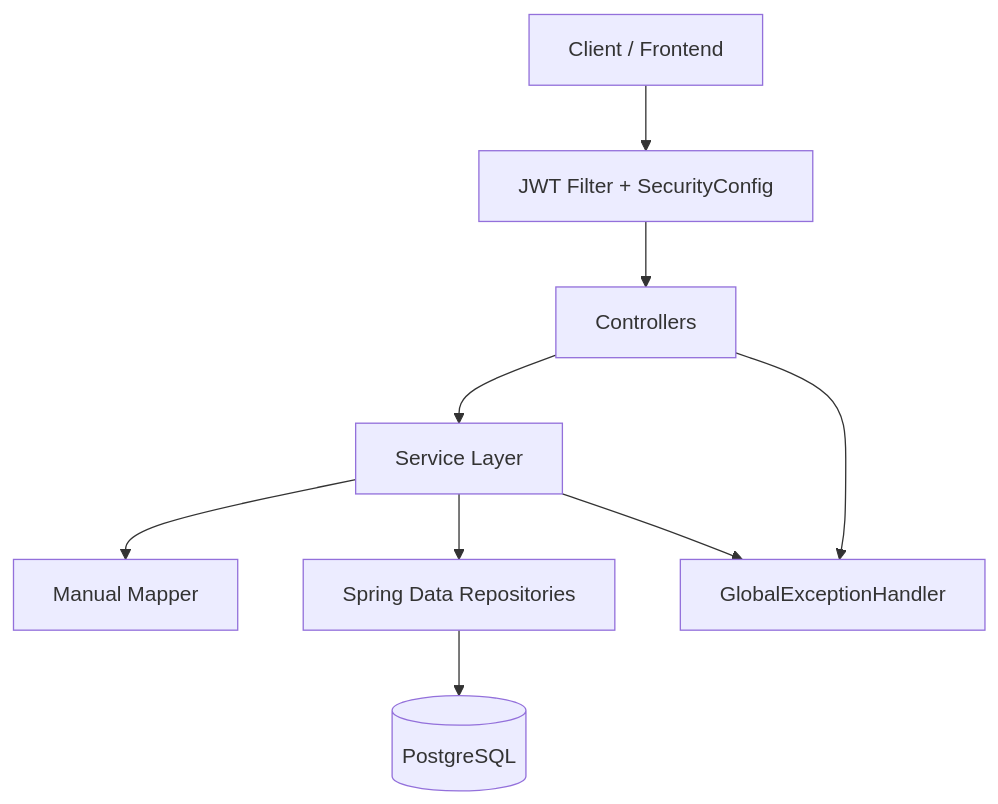
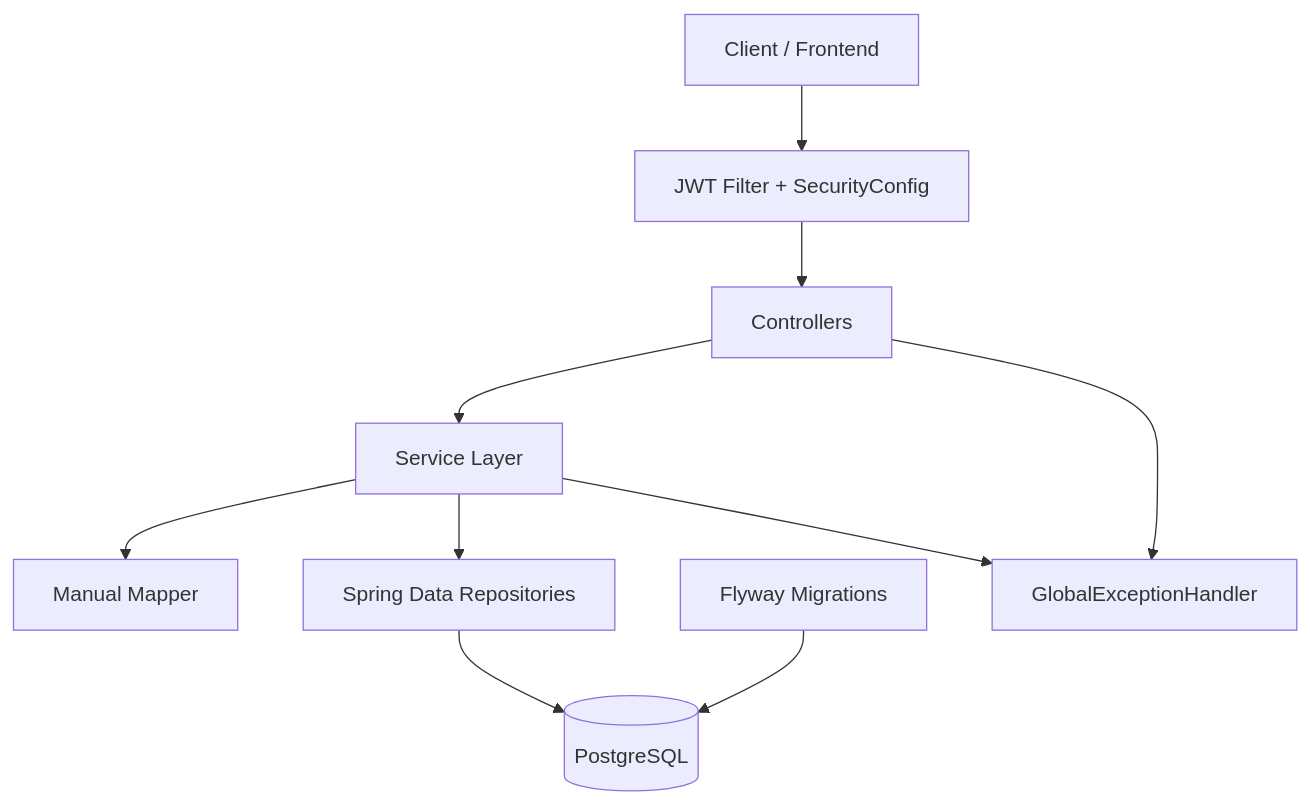
Before and after one commit to BenkacemIbrahim/job-application-tracker-api: the diagram in README.md, drawn with Mermaid. The commit also changed other lines of this file and 5 other files, not shown here.

Commit message:
feat: Add Flyway database migrations and update environment configurations for API documentation

````diff
--- a/README.md
+++ b/README.md
@@ -36,12 +38,13 @@
 ```mermaid
 flowchart TD
     Client[Client / Frontend] --> Security[JWT Filter + SecurityConfig]
     Security --> Controller[Controllers]
     Controller --> Service[Service Layer]
     Service --> Mapper[Manual Mapper]
     Service --> Repository[Spring Data Repositories]
     Repository --> DB[(PostgreSQL)]
+    Flyway[Flyway Migrations] --> DB
 
     Service --> Exception[GlobalExceptionHandler]
     Controller --> Exception
 ```
````
